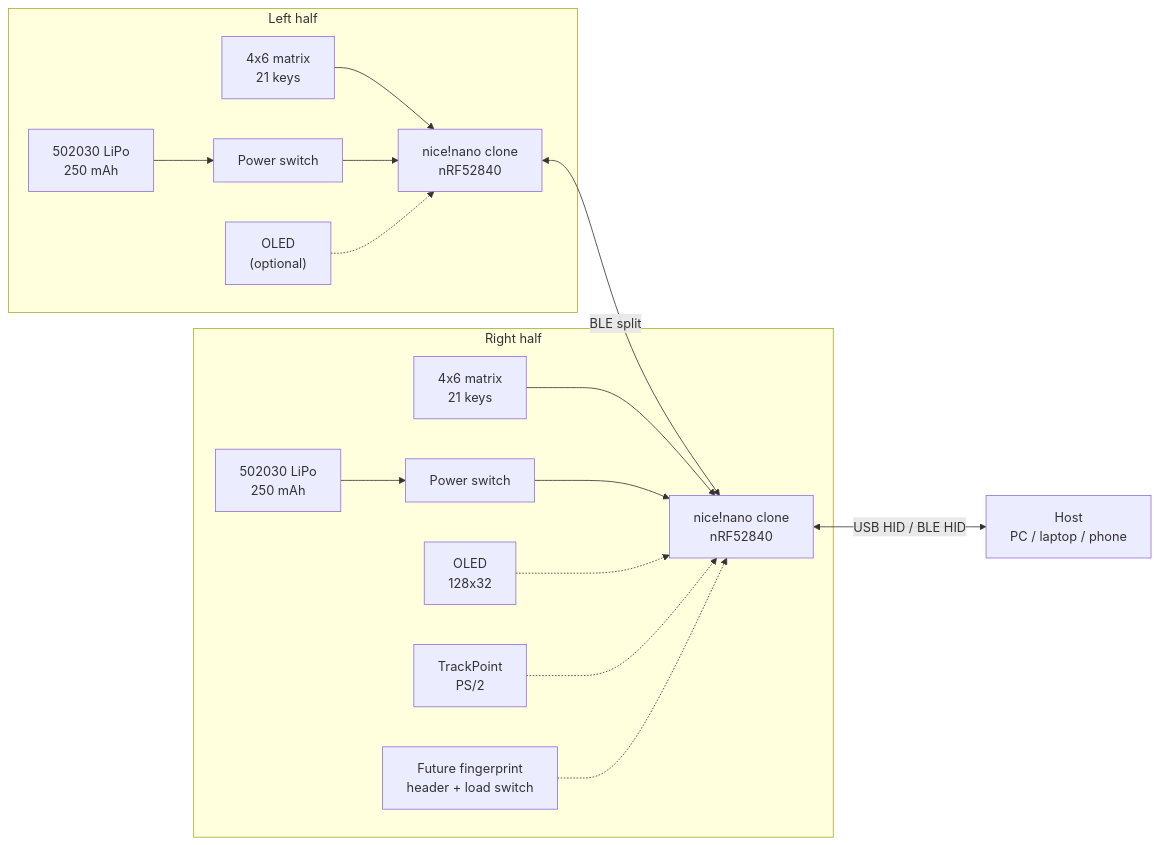
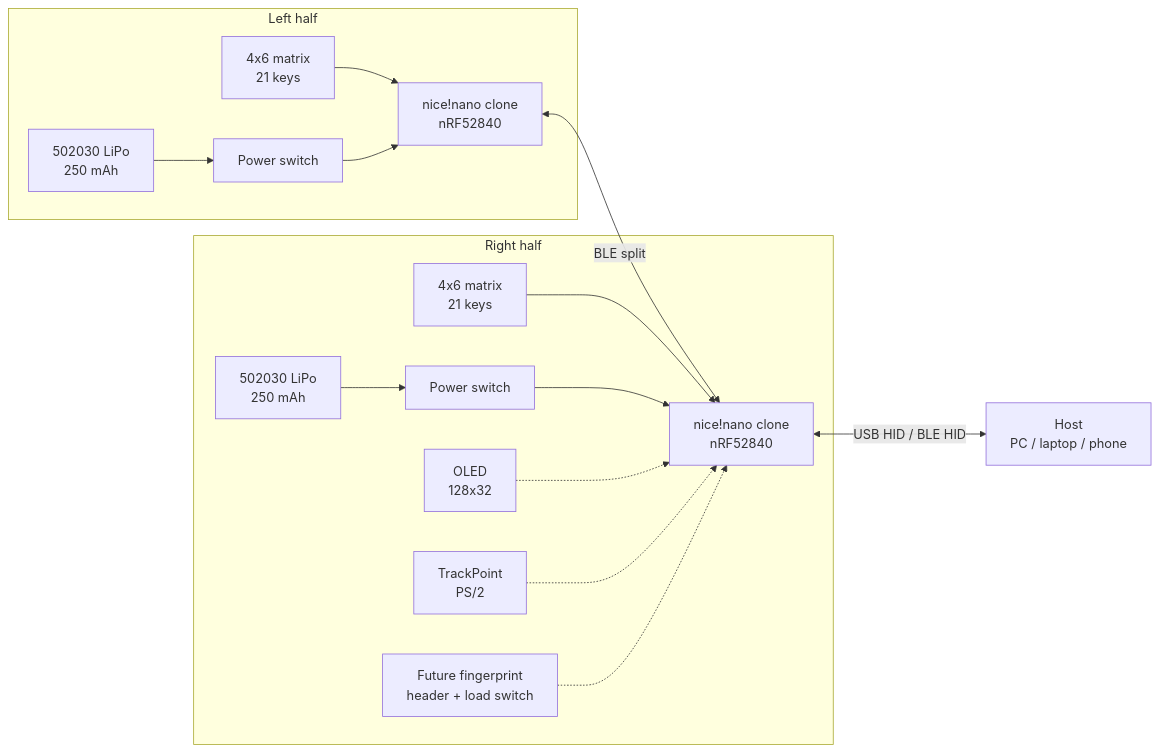
Before and after one commit to breno-villa/fluxpoint: the first of 3 diagrams in docs/architecture.md, drawn with Mermaid. The commit also changed other lines of this file and 2 other files, not shown here.

````diff
--- a/docs/architecture.md
+++ b/docs/architecture.md
@@ -18,30 +18,28 @@
 ```mermaid
 flowchart LR
     HOST["Host<br/>PC / laptop / phone"]
     subgraph L["Left half"]
         LMCU["nice!nano clone<br/>nRF52840"]
         LMAT["4x6 matrix<br/>21 keys"]
         LBAT["502030 LiPo<br/>250 mAh"]
         LSW["Power switch"]
-        LOLED["OLED<br/>(optional)"]
     end
     subgraph R["Right half"]
         RMCU["nice!nano clone<br/>nRF52840"]
         RMAT["4x6 matrix<br/>21 keys"]
         RBAT["502030 LiPo<br/>250 mAh"]
         RSW["Power switch"]
         RTP["TrackPoint<br/>PS/2"]
         ROLED["OLED<br/>128x32"]
         REXP["Future fingerprint<br/>header + load switch"]
     end
     LMCU <-->|"BLE split"| RMCU
     RMCU <-->|"USB HID / BLE HID"| HOST
     LMAT --> LMCU
     RMAT --> RMCU
     LBAT --> LSW --> LMCU
     RBAT --> RSW --> RMCU
-    LOLED -.-> LMCU
     ROLED -.-> RMCU
     RTP -.-> RMCU
     REXP -.-> RMCU
 ```
````
